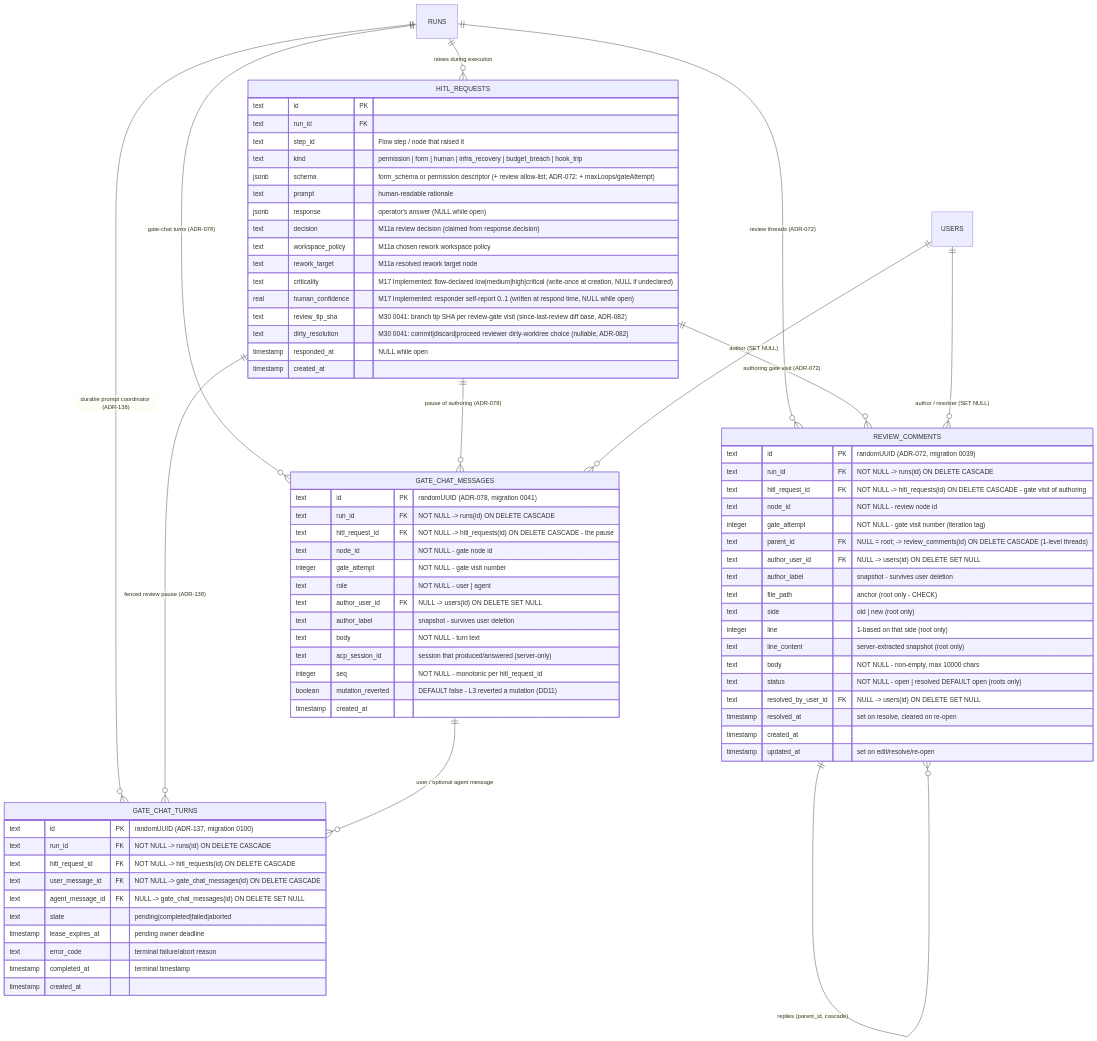
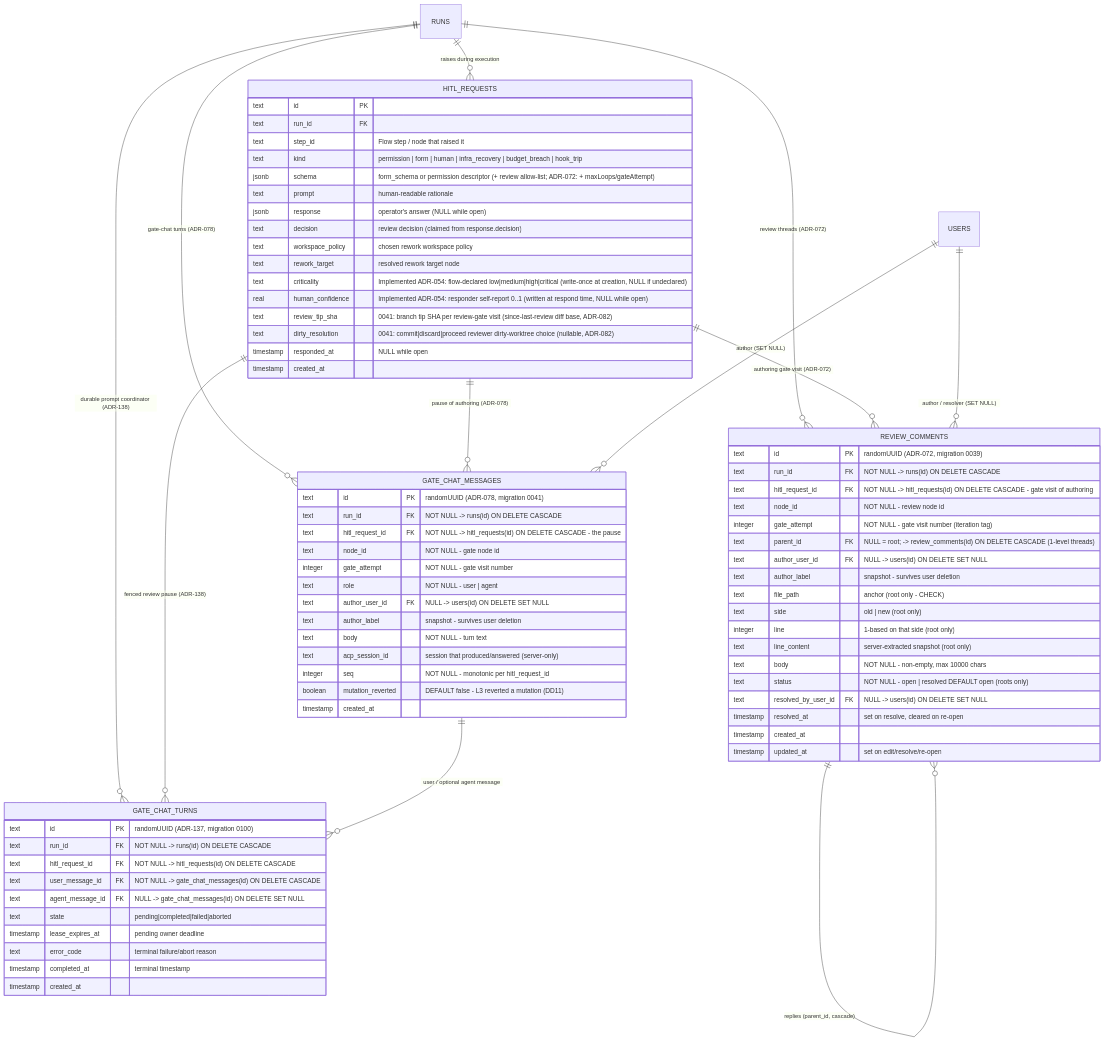
The first of 3 diagrams in docs/db/hitl-domain.md (maister-dev/maister), drawn with Mermaid before and after one commit. The commit also changed other lines of this file and 89 other files, not shown here.

```diff
--- a/docs/db/hitl-domain.md
+++ b/docs/db/hitl-domain.md
@@ -30,13 +30,13 @@
         jsonb schema "form_schema or permission descriptor (+ review allow-list; ADR-072: + maxLoops/gateAttempt)"
         text prompt "human-readable rationale"
         jsonb response "operator's answer (NULL while open)"
-        text decision "M11a review decision (claimed from response.decision)"
-        text workspace_policy "M11a chosen rework workspace policy"
-        text rework_target "M11a resolved rework target node"
-        text criticality "M17 Implemented: flow-declared low|medium|high|critical (write-once at creation, NULL if undeclared)"
-        real human_confidence "M17 Implemented: responder self-report 0..1 (written at respond time, NULL while open)"
-        text review_tip_sha "M30 0041: branch tip SHA per review-gate visit (since-last-review diff base, ADR-082)"
-        text dirty_resolution "M30 0041: commit|discard|proceed reviewer dirty-worktree choice (nullable, ADR-082)"
+        text decision "review decision (claimed from response.decision)"
+        text workspace_policy "chosen rework workspace policy"
+        text rework_target "resolved rework target node"
+        text criticality "Implemented ADR-054: flow-declared low|medium|high|critical (write-once at creation, NULL if undeclared)"
+        real human_confidence "Implemented ADR-054: responder self-report 0..1 (written at respond time, NULL while open)"
+        text review_tip_sha "0041: branch tip SHA per review-gate visit (since-last-review diff base, ADR-082)"
+        text dirty_resolution "0041: commit|discard|proceed reviewer dirty-worktree choice (nullable, ADR-082)"
         timestamp responded_at "NULL while open"
         timestamp created_at
     }
```
